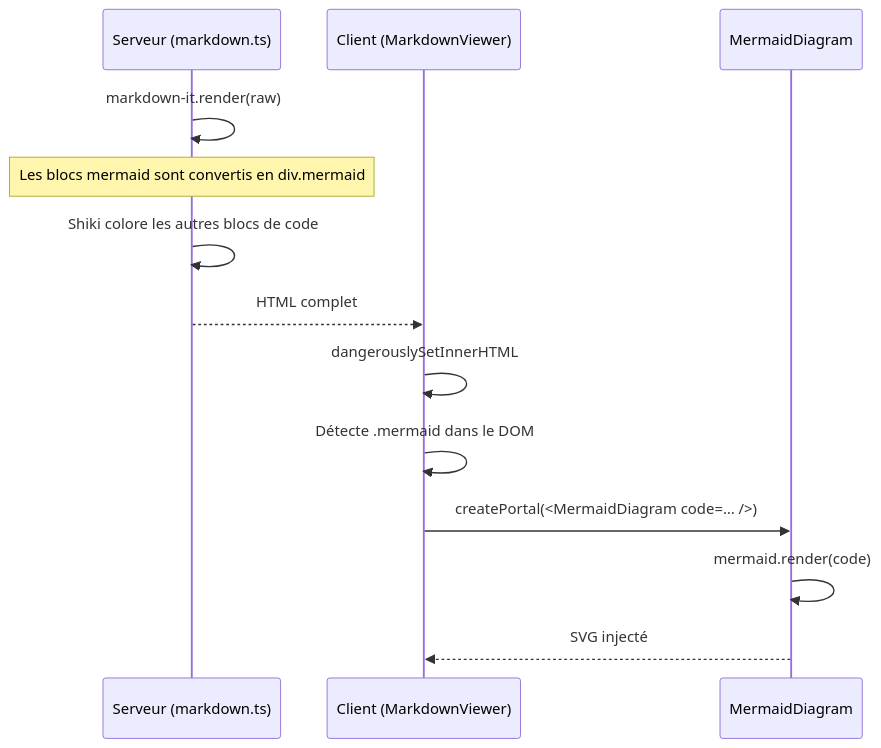
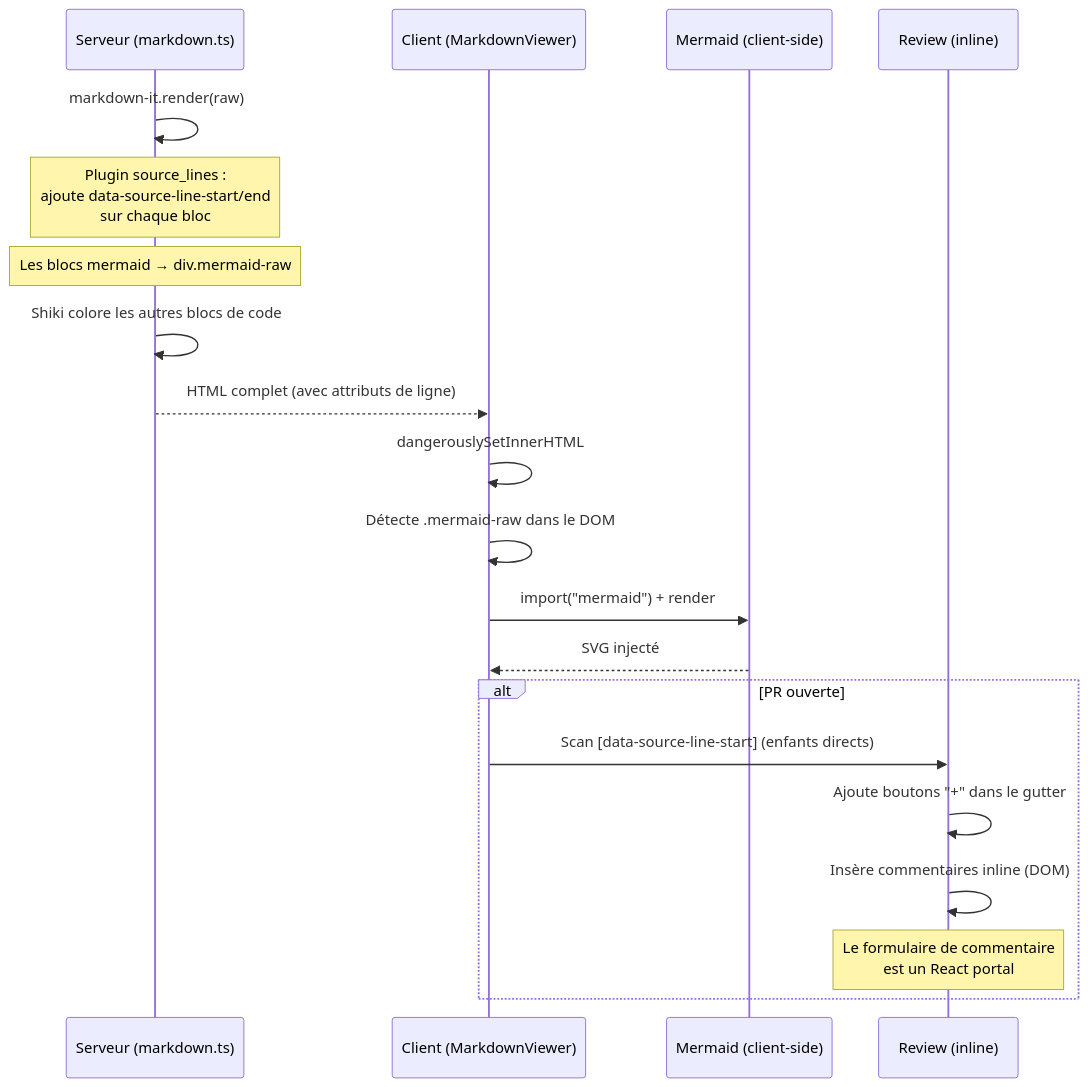
The sixth of 7 diagrams in docs/architecture.md (francois76/docsHub), drawn with Mermaid before and after one commit. The commit also changed other lines of this file and 17 other files, not shown here.

````diff
--- a/docs/architecture.md
+++ b/docs/architecture.md
@@ -164,17 +174,25 @@
 ```mermaid
 sequenceDiagram
     participant Server as Serveur (markdown.ts)
     participant Client as Client (MarkdownViewer)
-    participant Mermaid as MermaidDiagram
+    participant Mermaid as Mermaid (client-side)
+    participant Review as Review (inline)
 
     Server->>Server: markdown-it.render(raw)
-    Note over Server: Les blocs mermaid sont convertis en div.mermaid
+    Note over Server: Plugin source_lines :<br/>ajoute data-source-line-start/end<br/>sur chaque bloc
+    Note over Server: Les blocs mermaid → div.mermaid-raw
     Server->>Server: Shiki colore les autres blocs de code
-    Server-->>Client: HTML complet
+    Server-->>Client: HTML complet (avec attributs de ligne)
 
     Client->>Client: dangerouslySetInnerHTML
-    Client->>Client: Détecte .mermaid dans le DOM
-    Client->>Mermaid: createPortal(<MermaidDiagram code=… />)
-    Mermaid->>Mermaid: mermaid.render(code)
+    Client->>Client: Détecte .mermaid-raw dans le DOM
+    Client->>Mermaid: import("mermaid") + render
     Mermaid-->>Client: SVG injecté
+
+    alt PR ouverte
+        Client->>Review: Scan [data-source-line-start] (enfants directs)
+        Review->>Review: Ajoute boutons "+" dans le gutter
+        Review->>Review: Insère commentaires inline (DOM)
+        Note over Review: Le formulaire de commentaire<br/>est un React portal
+    end
 ```
````
